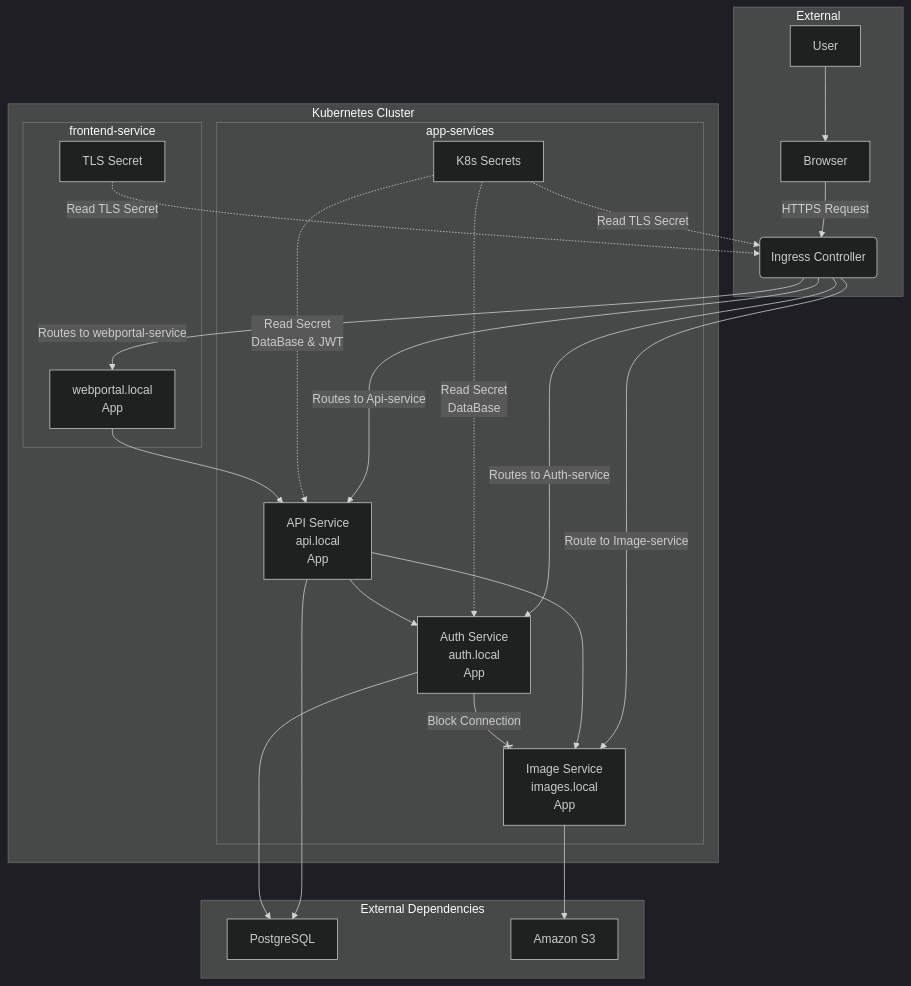
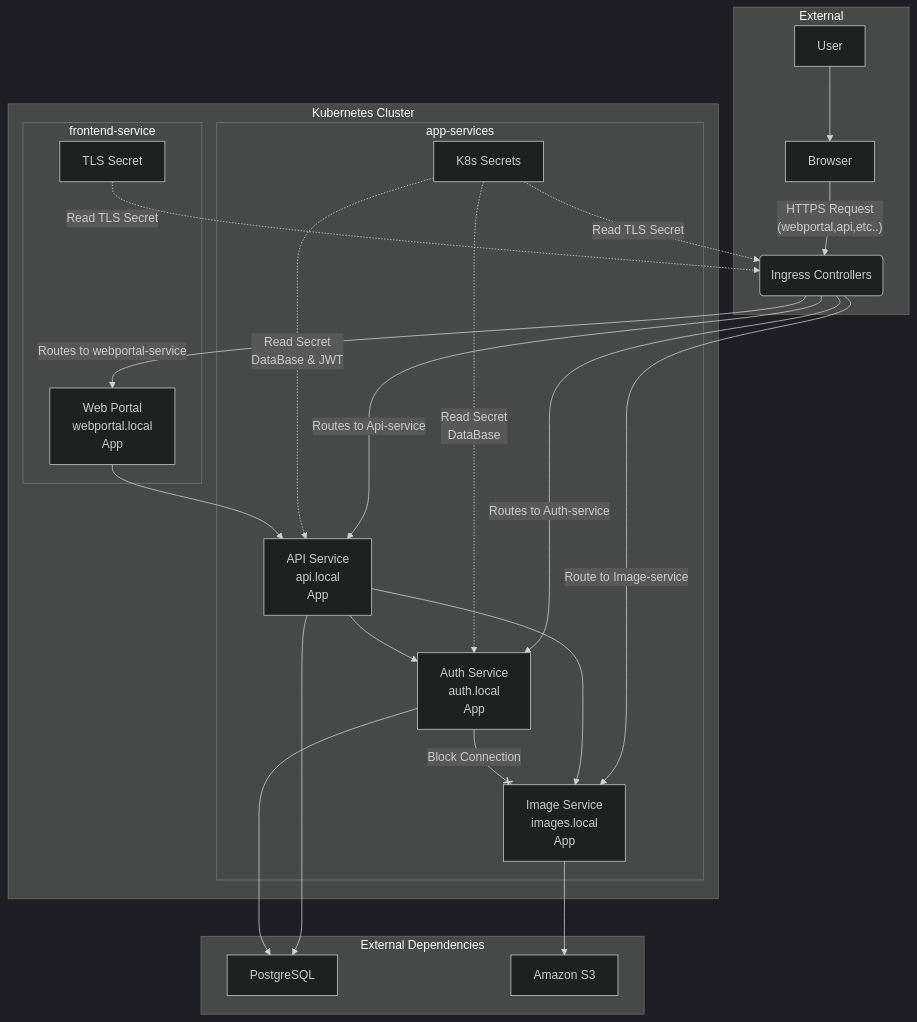
The diagram in README.md (Pep15/Practical_SRE), drawn with Mermaid (dark theme) before and after one commit.

````diff
--- a/README.md
+++ b/README.md
@@ -5,46 +5,49 @@
 ```mermaid
 graph TD
     subgraph External
         User --> Browser
-        Browser --> |HTTPS Request| Ingress(Ingress Controller)
+        Browser --> |"HTTPS Request<br>(webportal,api,etc..)"| Ingress(Ingress Controllers)
     end
 
     subgraph "Kubernetes Cluster"
         subgraph "frontend-service"
-            WebPortal["webportal.local <br> App"]
+            WebPortal["Web Portal<br>webportal.local<br>App"]
             TLS_Secret_FE["TLS Secret"]
         end
 
         subgraph "app-services"
             K8s_Secrets["K8s Secrets"]
-            APIService["API Service <br> api.local <br> App"]
-            AuthService["Auth Service <br> auth.local <br> App"]
-            ImageService["Image Service <br> images.local <br> App"]
+            APIService["API Service<br>api.local<br>App"]
+            AuthService["Auth Service<br>auth.local<br>App"]
+            ImageService["Image Service<br>images.local<br>App"]
         end
     end
 
     subgraph "External Dependencies"
         PostgreSQL
         S3["Amazon S3"]
     end
 
-    %% Connections
-    Ingress --> |Routes to webportal-service| WebPortal
-    Ingress --> |Routes to Api-service| APIService
-    Ingress --> |Routes to Auth-service| AuthService
-    Ingress --> |Route to Image-service| ImageService
+    %% Connections from Ingress
+    Ingress --> |"Routes to webportal-service"| WebPortal
+    Ingress --> |"Routes to Api-service"| APIService
+    Ingress --> |"Route to Image-service"| ImageService
+    Ingress --> |"Routes to Auth-service"| AuthService
 
+    %% Secret Connections
     TLS_Secret_FE -.-> |"Read TLS Secret"| Ingress
     K8s_Secrets -.-> |"Read TLS Secret"| Ingress
+    K8s_Secrets -.-> |"Read Secret<br>DataBase & JWT"| APIService
+    K8s_Secrets -.-> |"Read Secret<br>DataBase"| AuthService
 
-    K8s_Secrets -.-> |"Read Secret <br> DataBase & JWT"| APIService
-    K8s_Secrets -.-> |"Read Secret <br> DataBase"| AuthService
-
+    %% Internal Connections
     WebPortal --> APIService
     APIService --> AuthService
     APIService --> ImageService
     APIService --> PostgreSQL
     AuthService --> PostgreSQL
     ImageService --> S3
+
+    %% Blocked Connection
     AuthService --x |"Block Connection"| ImageService
 ```
````
